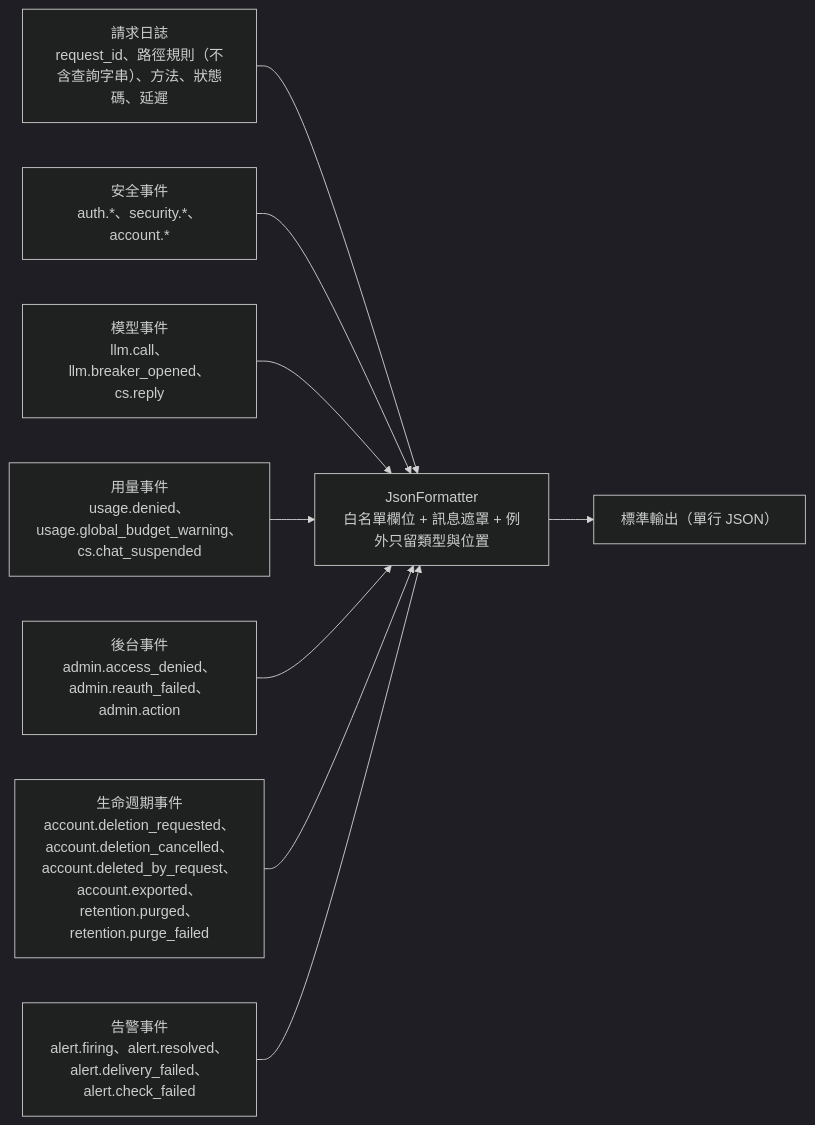
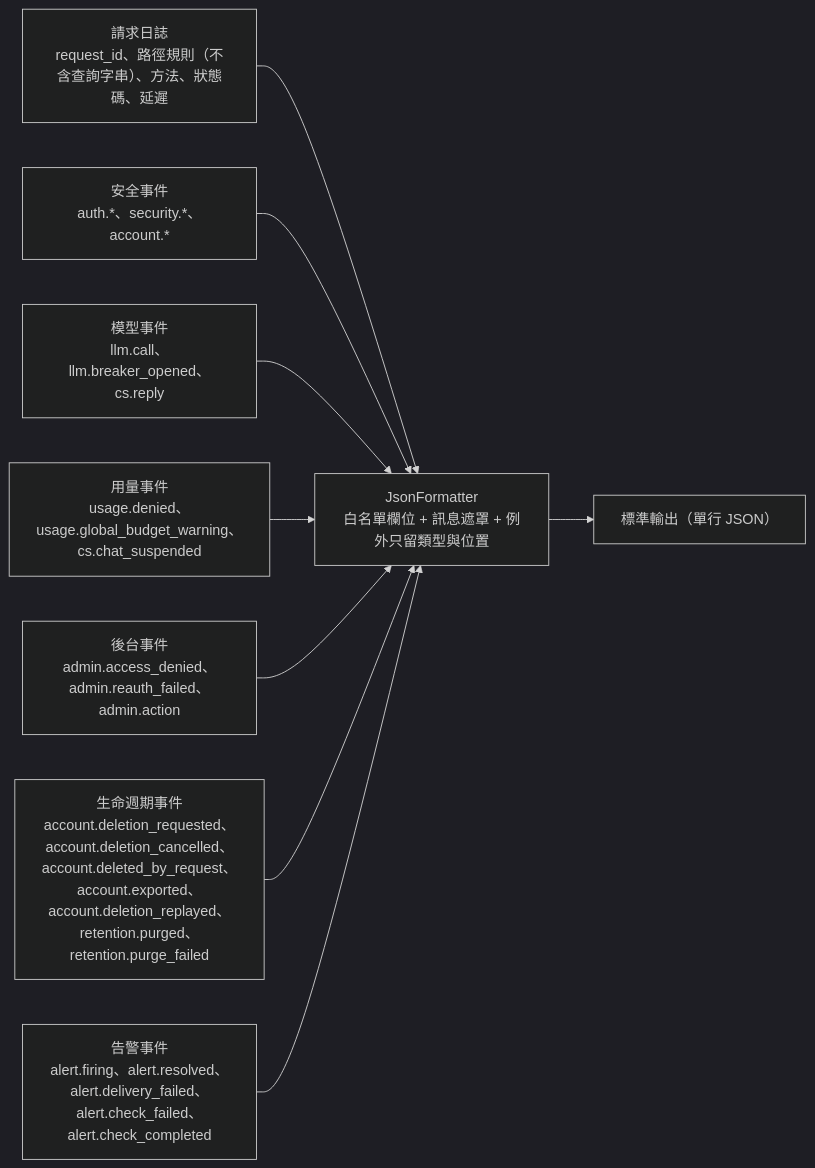
The fifth of 6 diagrams in docs/營運與部署-operations.md (pp466pp466/R.A.C), drawn with Mermaid (dark theme) before and after one commit. The commit also changed other lines of this file and 46 other files, not shown here.

````diff
--- a/docs/營運與部署-operations.md
+++ b/docs/營運與部署-operations.md
@@ -69,11 +144,11 @@
 ```mermaid
 flowchart LR
     Req["請求日誌<br/>request_id、路徑規則（不含查詢字串）、方法、狀態碼、延遲"] --> Fmt
     Sec["安全事件<br/>auth.*、security.*、account.*"] --> Fmt
     Llm["模型事件<br/>llm.call、llm.breaker_opened、cs.reply"] --> Fmt
     Use["用量事件<br/>usage.denied、usage.global_budget_warning、cs.chat_suspended"] --> Fmt
     Adm["後台事件<br/>admin.access_denied、admin.reauth_failed、admin.action"] --> Fmt
-    Lif["生命週期事件<br/>account.deletion_requested、account.deletion_cancelled、account.deleted_by_request、account.exported、retention.purged、retention.purge_failed"] --> Fmt
-    Alr["告警事件<br/>alert.firing、alert.resolved、alert.delivery_failed、alert.check_failed"] --> Fmt
+    Lif["生命週期事件<br/>account.deletion_requested、account.deletion_cancelled、account.deleted_by_request、account.exported、account.deletion_replayed、retention.purged、retention.purge_failed"] --> Fmt
+    Alr["告警事件<br/>alert.firing、alert.resolved、alert.delivery_failed、alert.check_failed、alert.check_completed"] --> Fmt
     Fmt["JsonFormatter<br/>白名單欄位 + 訊息遮罩 + 例外只留類型與位置"] --> Out["標準輸出（單行 JSON）"]
 ```
````
